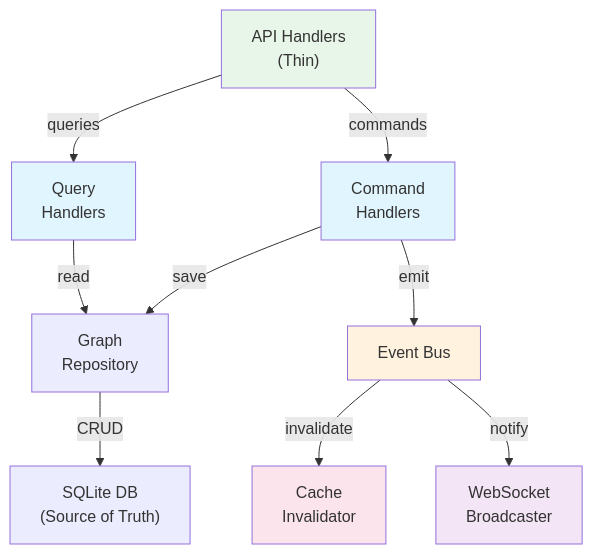
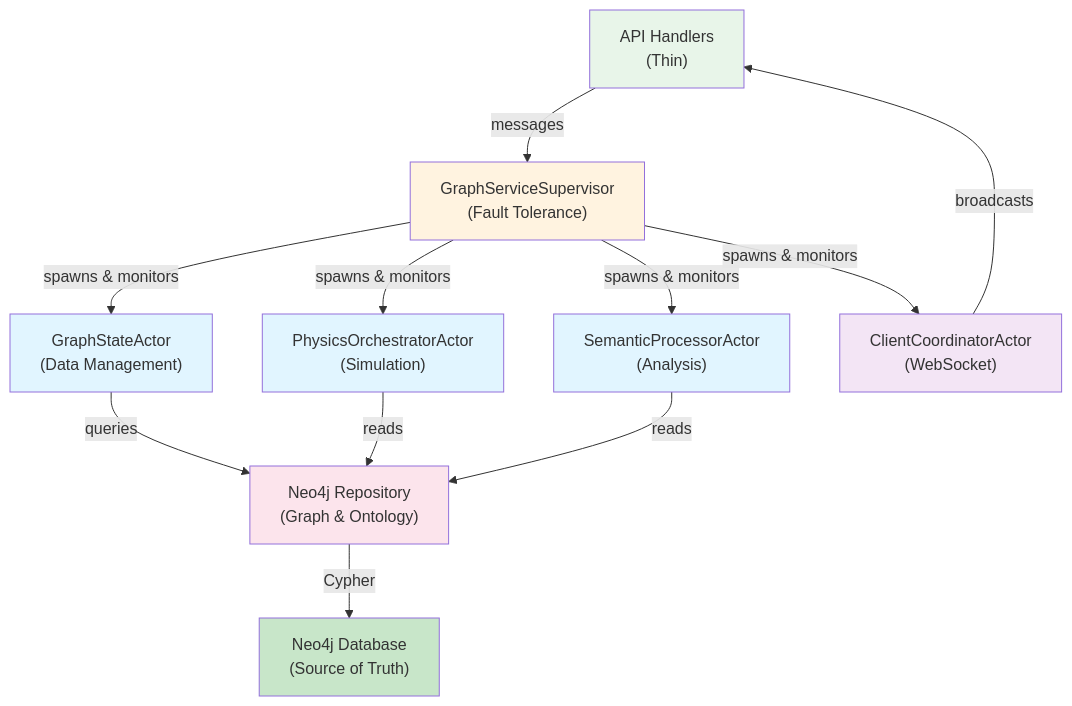
Before and after one commit to DreamLab-AI/VisionFlow: the diagram in docs/guides/graphserviceactor-migration.md, drawn with Mermaid. The commit also changed other lines of this file and 17 other files, not shown here.

````diff
--- a/docs/guides/graphserviceactor-migration.md
+++ b/docs/guides/graphserviceactor-migration.md
@@ -67,33 +66,38 @@
 ```mermaid
 graph TB
     API["API Handlers<br/>(Thin)"]
 
-    CMD["Command<br/>Handlers"]
-    QRY["Query<br/>Handlers"]
+    SUPERVISOR["GraphServiceSupervisor<br/>(Fault Tolerance)"]
 
-    REPO["Graph<br/>Repository"]
-    DB["SQLite DB<br/>(Source of Truth)"]
+    GRAPH["GraphStateActor<br/>(Data Management)"]
+    PHYSICS["PhysicsOrchestratorActor<br/>(Simulation)"]
+    SEMANTIC["SemanticProcessorActor<br/>(Analysis)"]
+    CLIENT["ClientCoordinatorActor<br/>(WebSocket)"]
 
-    BUS["Event Bus"]
-    CACHE["Cache<br/>Invalidator"]
-    WS["WebSocket<br/>Broadcaster"]
+    REPO["Neo4j Repository<br/>(Graph & Ontology)"]
+    DB["Neo4j Database<br/>(Source of Truth)"]
 
-    API -->|commands| CMD
-    API -->|queries| QRY
+    API -->|messages| SUPERVISOR
 
-    CMD -->|save| REPO
-    CMD -->|emit| BUS
+    SUPERVISOR -->|spawns & monitors| GRAPH
+    SUPERVISOR -->|spawns & monitors| PHYSICS
+    SUPERVISOR -->|spawns & monitors| SEMANTIC
+    SUPERVISOR -->|spawns & monitors| CLIENT
 
-    QRY -->|read| REPO
-    REPO -->|CRUD| DB
+    GRAPH -->|queries| REPO
+    PHYSICS -->|reads| REPO
+    SEMANTIC -->|reads| REPO
 
-    BUS -->|invalidate| CACHE
-    BUS -->|notify| WS
+    REPO -->|Cypher| DB
+
+    CLIENT -->|broadcasts| API
 
     style API fill:#e8f5e9
-    style CMD fill:#e1f5ff
-    style QRY fill:#e1f5ff
-    style BUS fill:#fff3e0
-    style CACHE fill:#fce4ec
-    style WS fill:#f3e5f5
+    style SUPERVISOR fill:#fff3e0
+    style GRAPH fill:#e1f5ff
+    style PHYSICS fill:#e1f5ff
+    style SEMANTIC fill:#e1f5ff
+    style CLIENT fill:#f3e5f5
+    style REPO fill:#fce4ec
+    style DB fill:#c8e6c9
 ```
````
